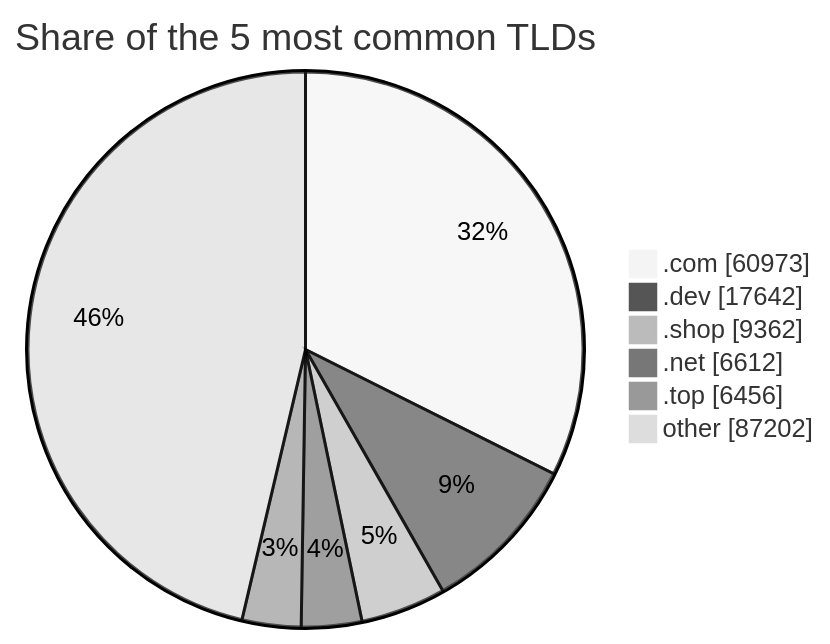
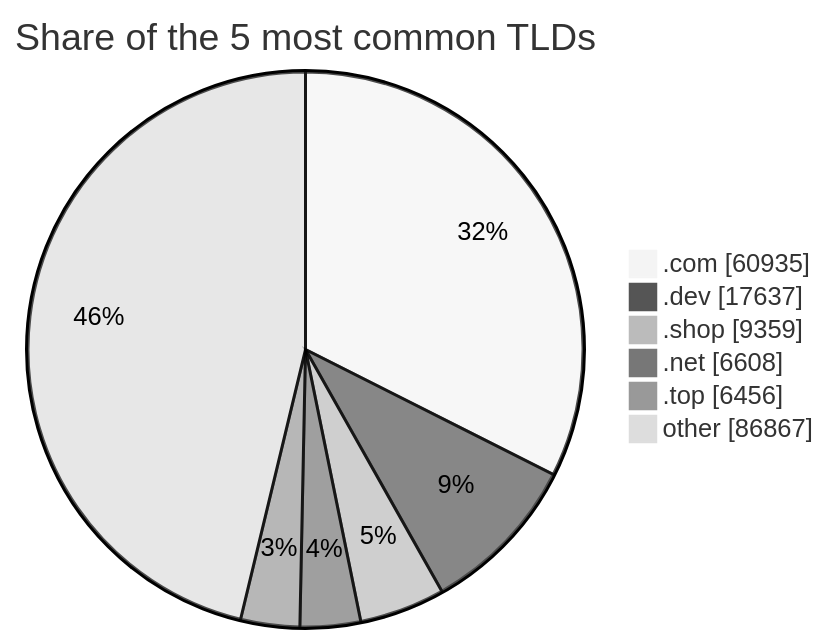
The third of 3 diagrams in README.md (DNSBunker/CTI), drawn with Mermaid (neutral theme) before and after one commit. The commit also changed other lines of this file and 3 other files, not shown here.

````diff
--- a/README.md
+++ b/README.md
@@ -81,9 +81,9 @@
 ```mermaid
 pie showData title Share of the 5 most common TLDs
-    ".com" : 60973
-    ".dev" : 17642
-    ".shop" : 9362
-    ".net" : 6612
+    ".com" : 60935
+    ".dev" : 17637
+    ".shop" : 9359
+    ".net" : 6608
     ".top" : 6456
-    "other" : 87202
+    "other" : 86867
 ```
````
